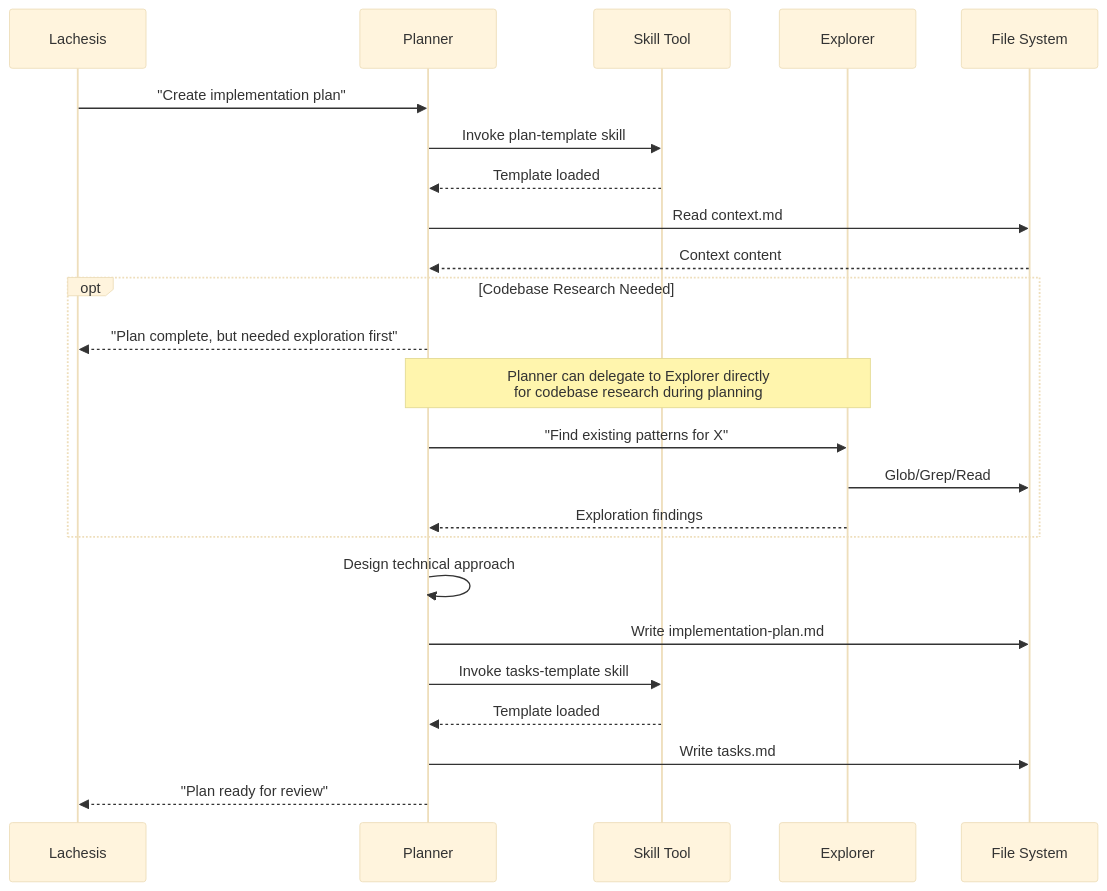
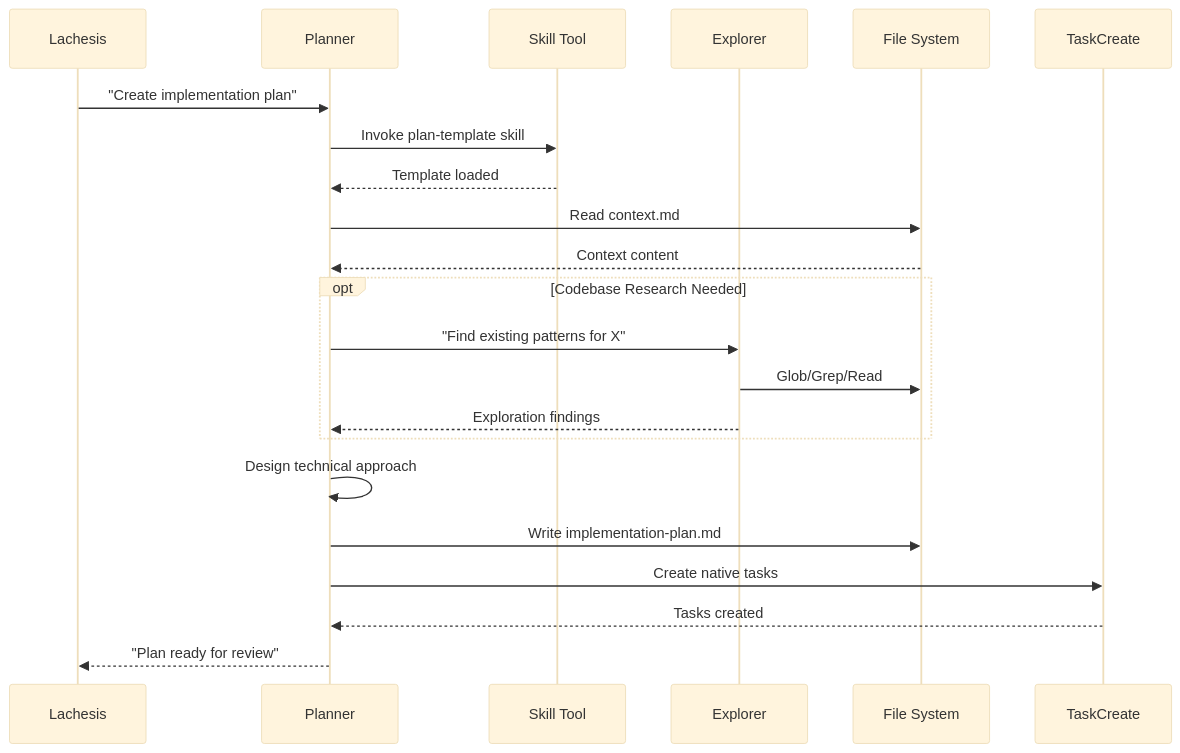
One commit to beingfrankly/loom changed the third of 7 diagrams in loom/WORKFLOW.md. Above: the diagram before and after it, drawn with Mermaid (base theme). The commit also changed other lines of this file and 27 other files, not shown here.

First line of the commit message:
refactor: migrate to native Claude Code task system

````diff
--- a/loom/WORKFLOW.md
+++ b/loom/WORKFLOW.md
@@ -165,31 +162,29 @@
 ```mermaid
 sequenceDiagram
     participant L as Lachesis
     participant P as Planner
     participant SK as Skill Tool
     participant E as Explorer
     participant FS as File System
+    participant TC as TaskCreate
 
     L->>P: "Create implementation plan"
     P->>SK: Invoke plan-template skill
     SK-->>P: Template loaded
     P->>FS: Read context.md
     FS-->>P: Context content
 
     opt Codebase Research Needed
-        P-->>L: "Plan complete, but needed exploration first"
-        Note over P,E: Planner can delegate to Explorer directly<br/>for codebase research during planning
         P->>E: "Find existing patterns for X"
         E->>FS: Glob/Grep/Read
         E-->>P: Exploration findings
     end
 
     P->>P: Design technical approach
     P->>FS: Write implementation-plan.md
 
-    P->>SK: Invoke tasks-template skill
-    SK-->>P: Template loaded
-    P->>FS: Write tasks.md
+    P->>TC: Create native tasks
+    TC-->>P: Tasks created
 
     P-->>L: "Plan ready for review"
 ```
````
